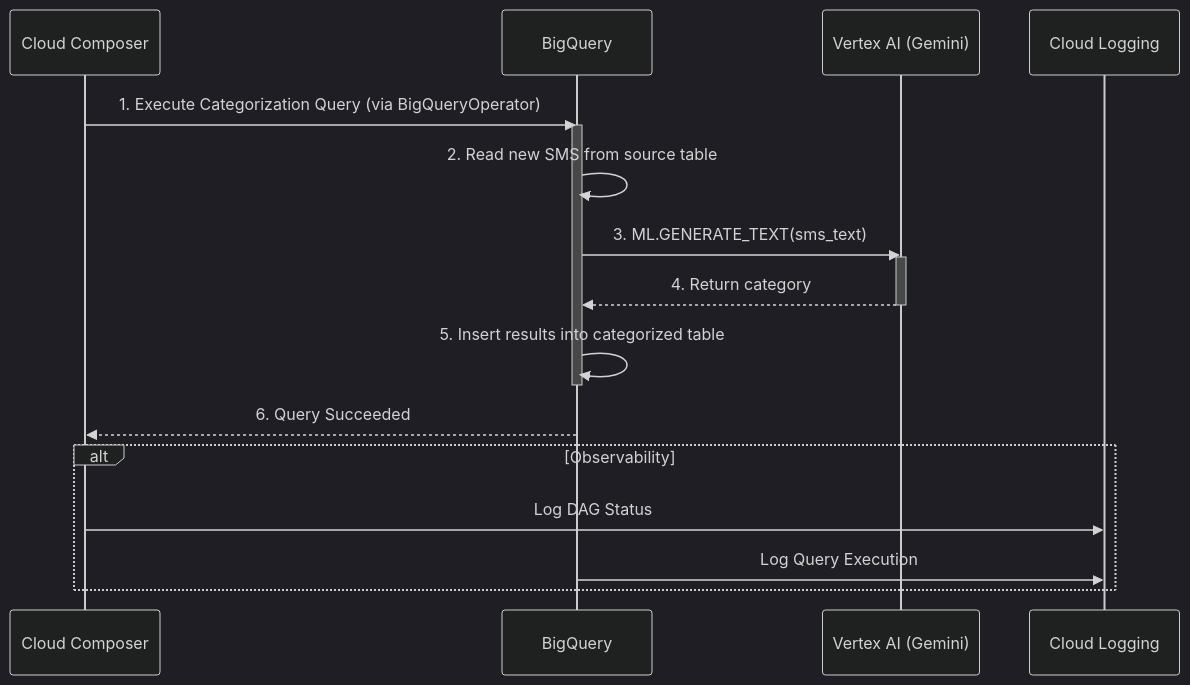
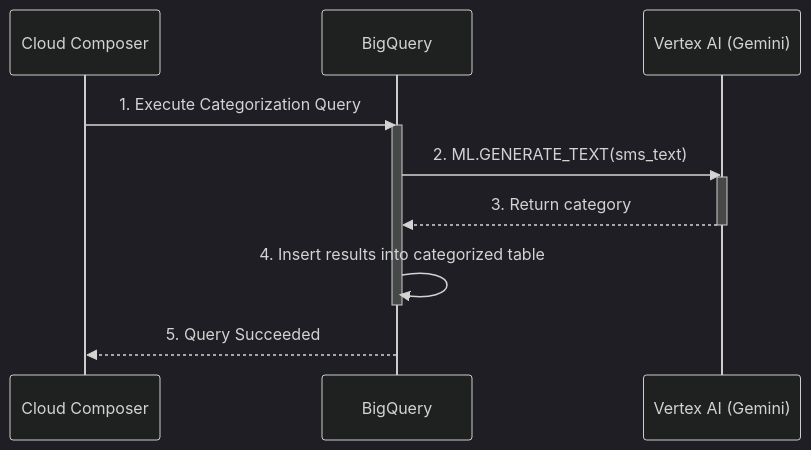
Before and after one commit to sandipdatta/diagrams: the second of 4 diagrams in README.md, drawn with Mermaid (dark theme). The commit also changed other lines of this file, not shown here.

````diff
--- a/README.md
+++ b/README.md
@@ -51,23 +52,16 @@
 ```mermaid
 sequenceDiagram
     participant C as Cloud Composer
     participant BQ as BigQuery
     participant VAI as Vertex AI (Gemini)
-    participant CL as Cloud Logging
 
-    C->>BQ: 1. Execute Categorization Query (via BigQueryOperator)
+    C->>BQ: 1. Execute Categorization Query
     activate BQ
-    BQ->>BQ: 2. Read new SMS from source table
-    BQ->>VAI: 3. ML.GENERATE_TEXT(sms_text)
+    BQ->>VAI: 2. ML.GENERATE_TEXT(sms_text)
     activate VAI
-    VAI-->>BQ: 4. Return category
+    VAI-->>BQ: 3. Return category
     deactivate VAI
-    BQ->>BQ: 5. Insert results into categorized table
+    BQ->>BQ: 4. Insert results into categorized table
     deactivate BQ
-    BQ-->>C: 6. Query Succeeded
-
-    alt Observability
-        C->>CL: Log DAG Status
-        BQ->>CL: Log Query Execution
-    end
+    BQ-->>C: 5. Query Succeeded
 ```
````
